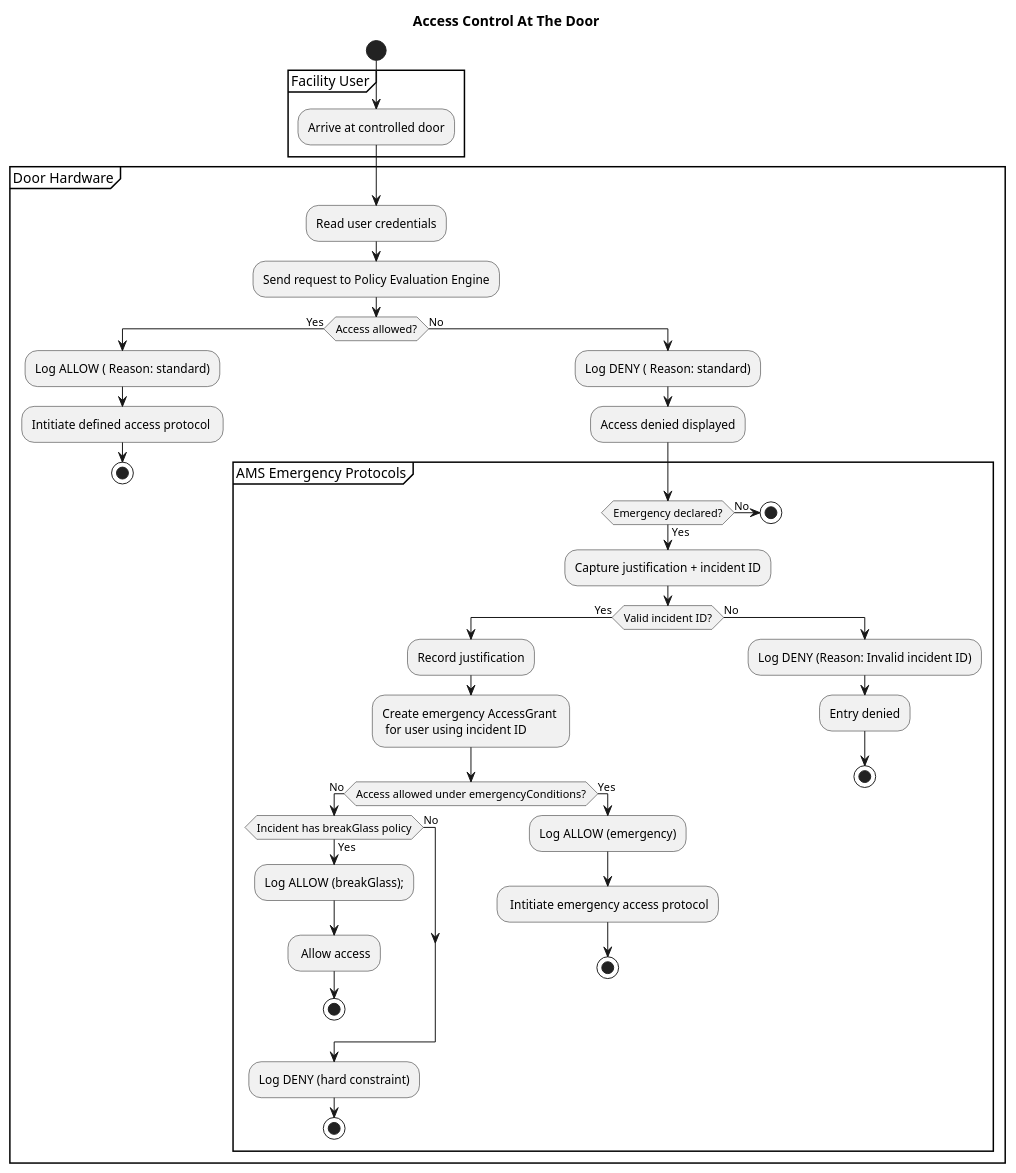
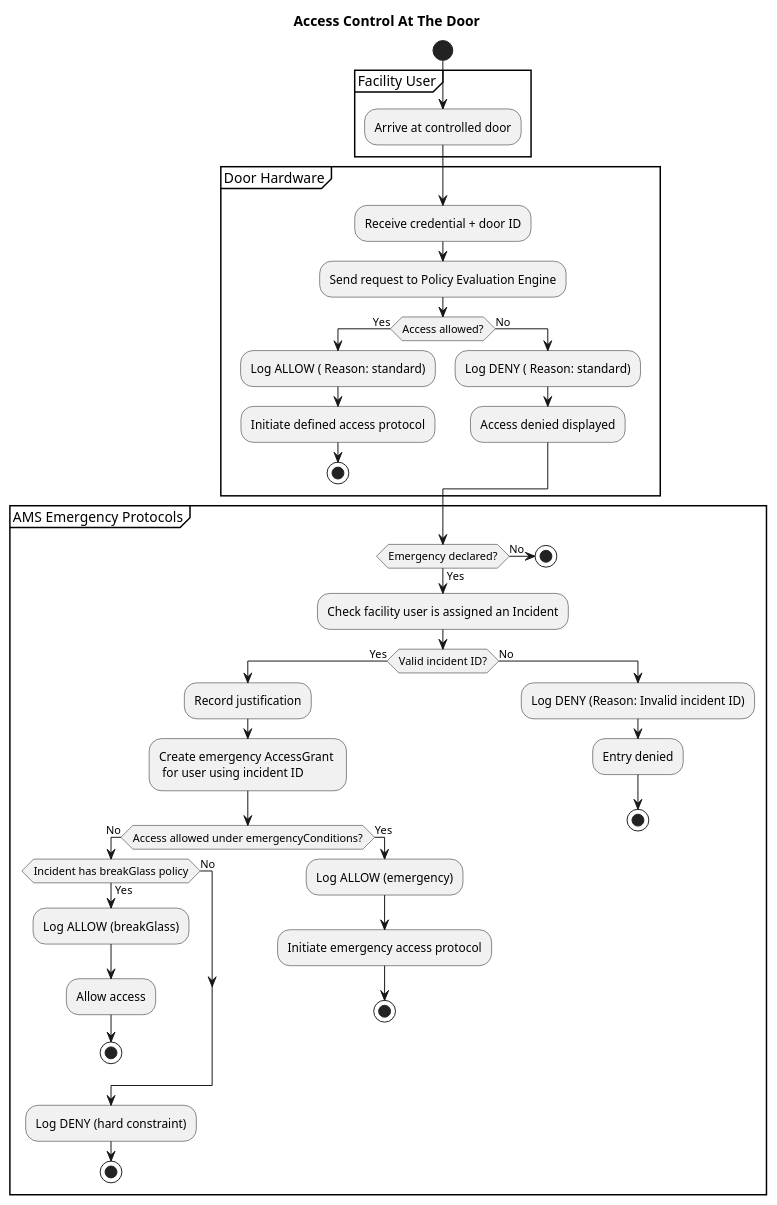
Before and after one commit to AsadYezdan-School/IOT542AccessControl: the diagram in activityDiagram.puml, drawn with PlantUML.

Commit message:
final form??

```diff
--- a/activityDiagram.puml
+++ b/activityDiagram.puml
@@ -1,63 +1,60 @@
 @startuml
 start
 !pragma useVerticalIf on
 skinparam linetype ortho
 skinparam shadowing false
 
 title Access Control At The Door
 
 partition "Facility User" {
   :Arrive at controlled door;
 }
 
-partition Door Hardware {
-  :Read user credentials;
+partition "Door Hardware" {
+  :Receive credential + door ID;
   :Send request to Policy Evaluation Engine;
 
+  if (Access allowed?) then (Yes)
+    :Log ALLOW ( Reason: standard);
+    :Initiate defined access protocol;
+    stop
+  else (No)
+    :Log DENY ( Reason: standard);
+    :Access denied displayed;
+  endif
+}
 
-
-if (Access allowed?) then (Yes)
-  :Log ALLOW ( Reason: standard);
-  :Intitiate defined access protocol ;
-  stop
-
-else (No)
-  :Log DENY ( Reason: standard);
-  :Access denied displayed;
-  partition "AMS Emergency Protocols"{
+partition "AMS Emergency Protocols" {
   if (Emergency declared?) then (Yes)
-    :Capture justification + incident ID;
+    :Check facility user is assigned an Incident;
 
     if (Valid incident ID?) then (Yes)
       :Record justification;
       :Create emergency AccessGrant \n for user using incident ID;
 
       if (Access allowed under emergencyConditions?) then (No)
         if (Incident has breakGlass policy) then (Yes)
-        :Log ALLOW (breakGlass);;
-        : Allow access;
-        stop
+          :Log ALLOW (breakGlass);
+          :Allow access;
+          stop
         else (No)
         endif
         :Log DENY (hard constraint);
         stop
       else (Yes)
         :Log ALLOW (emergency);
-        : Intitiate emergency access protocol;
+        :Initiate emergency access protocol;
         stop
       endif
-
 
     else (No)
       :Log DENY (Reason: Invalid incident ID);
       :Entry denied;
       stop
     endif
 
   else (No)
     stop
   endif
-  }
-endif
 }
 @enduml
```
